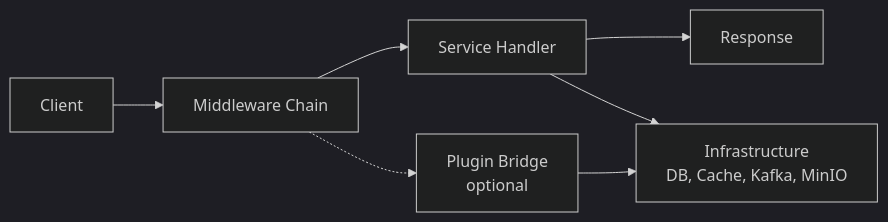
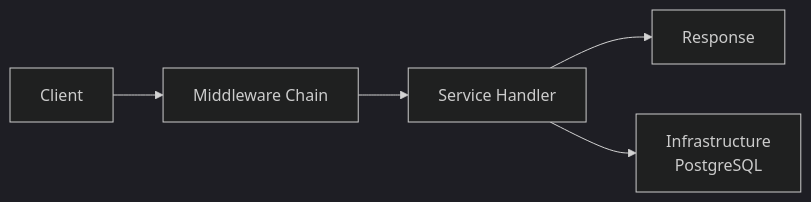
Before and after one commit to diameter-tscd/stackyrd: the second of 3 diagrams in docs_wiki/ARCHITECTURE.md, drawn with Mermaid (dark theme). The commit also changed other lines of this file and 200 other files, not shown here.

````diff
--- a/docs_wiki/ARCHITECTURE.md
+++ b/docs_wiki/ARCHITECTURE.md
@@ -41,9 +38,7 @@
 ```mermaid
 flowchart LR
     A[Client] --> B[Middleware Chain]
     B --> C[Service Handler]
     C --> D[Response]
-    B -.-> E[Plugin Bridge<br/>optional]
-    E --> F[Infrastructure<br/>DB, Cache, Kafka, MinIO]
-    C --> F
+    C --> E[Infrastructure<br/>PostgreSQL]
 ```
````
